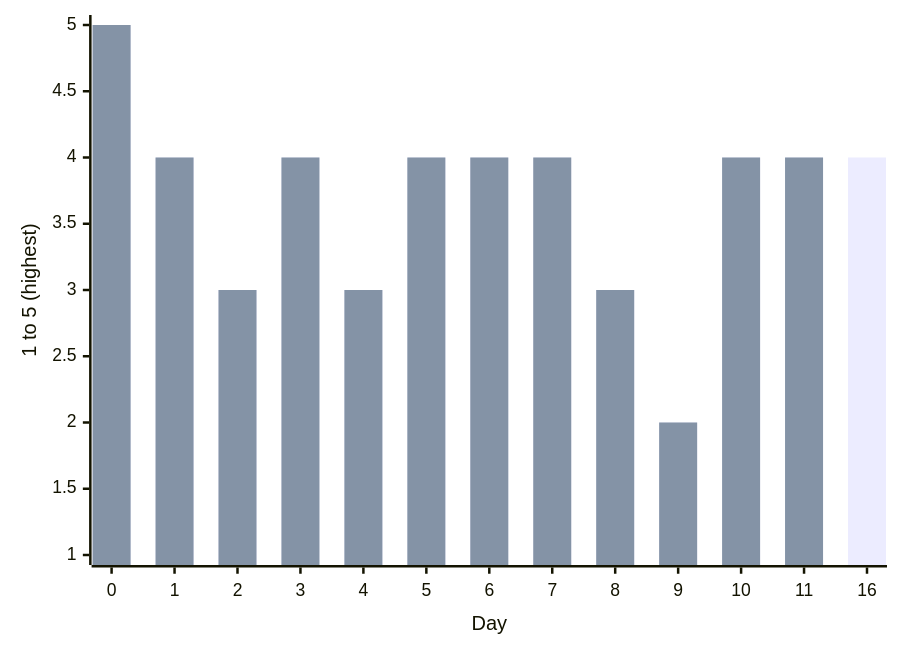
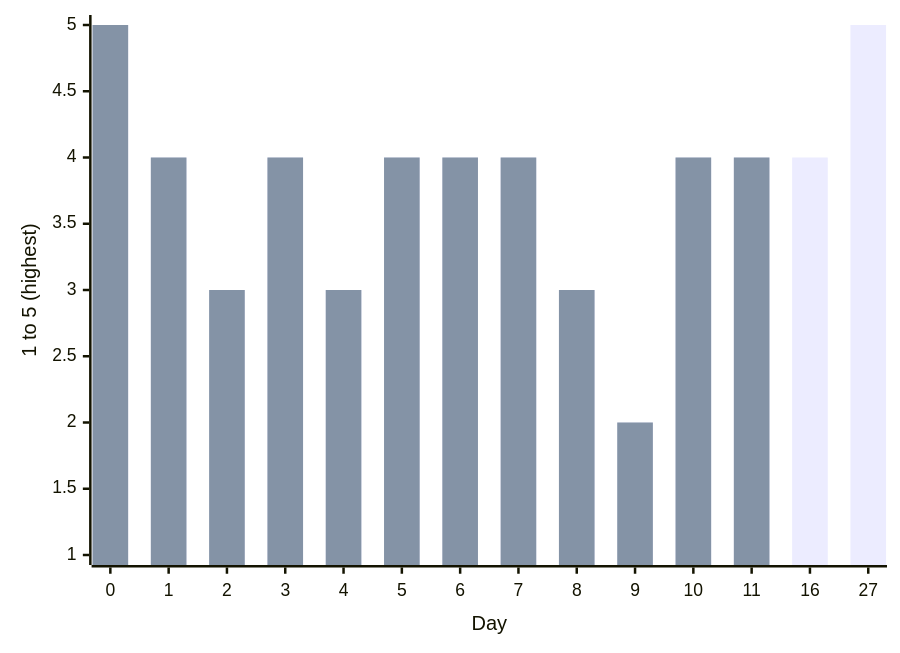
One commit to phil-m-kopp/phil-m-kopp.github.io changed the fourth of 16 diagrams in docs/articles/posts/personal-development/experience-strict-fasting-8days/experience-strict-fasting-8days.md. Above: the diagram before and after it, drawn with Mermaid. The commit also changed other lines of this file and 7 other files, not shown here.

````diff
--- a/docs/articles/posts/personal-development/experience-strict-fasting-8days/experience-strict-fasting-8days.md
+++ b/docs/articles/posts/personal-development/experience-strict-fasting-8days/experience-strict-fasting-8days.md
@@ -183,8 +191,8 @@
 ``` mermaid
 xychart-beta
-        x-axis "Day" [0, 1, 2, 3, 4, 5, 6, 7, 8, 9, 10, 11, 16]
+        x-axis "Day" [0, 1, 2, 3, 4, 5, 6, 7, 8, 9, 10, 11, 16, 27]
         y-axis "1 to 5 (highest)" 1 --> 5
 
-        bar "Mood" [5, 4, 3, 4, 3, 4, 4, 4, 3, 2, 4, 4, 4]
+        bar "Mood" [5, 4, 3, 4, 3, 4, 4, 4, 3, 2, 4, 4, 4, 5]
         bar "Mood" [5, 4, 3, 4, 3, 4, 4, 4, 3, 2, 4, 4]
 ```
````
